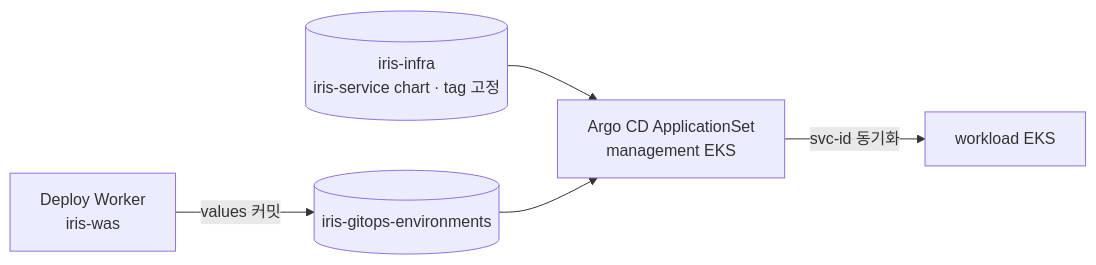
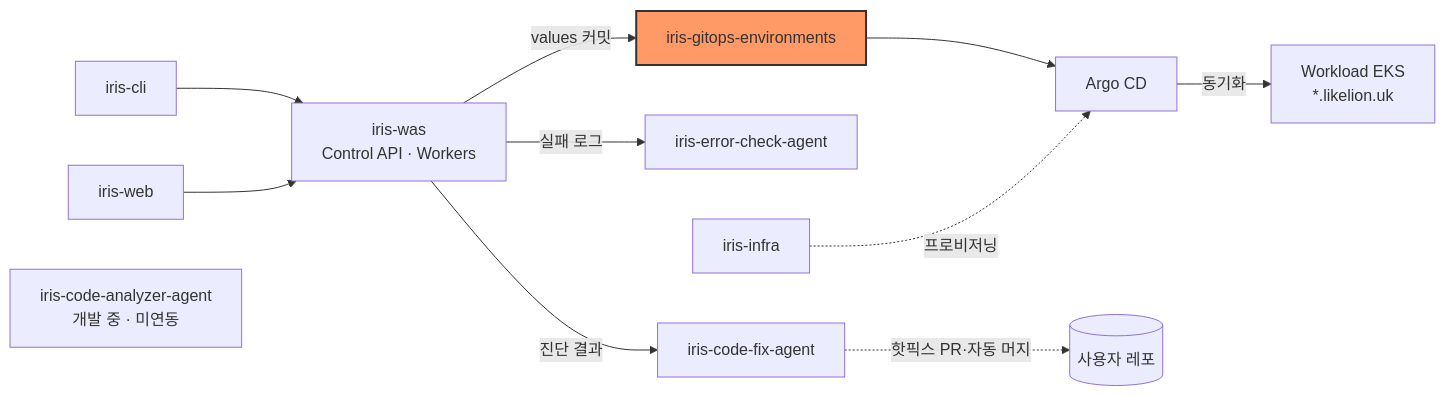
One commit to 2026-softbank-1/iris-gitops-environments changed the diagram in README.md. Above: the diagram before and after it, drawn with Mermaid. The commit also changed other lines of this file, not shown here.

````diff
--- a/README.md
+++ b/README.md
@@ -26,7 +14,13 @@
 ```mermaid
 flowchart LR
-  W[Deploy Worker<br/>iris-was] -->|values 커밋| G[(iris-gitops-environments)]
-  C[(iris-infra<br/>iris-service chart · tag 고정)] --> A
-  G --> A[Argo CD ApplicationSet<br/>management EKS]
-  A -->|svc-id 동기화| K[workload EKS]
+  CLI[iris-cli] --> WAS
+  WEB[iris-web] --> WAS
+  WAS[iris-was<br/>Control API · Workers] -->|values 커밋| GITOPS[iris-gitops-environments]
+  GITOPS --> ARGO[Argo CD] -->|동기화| WL[Workload EKS<br/>*.likelion.uk]
+  WAS -->|실패 로그| ERR[iris-error-check-agent]
+  WAS -->|진단 결과| FIX[iris-code-fix-agent]
+  FIX -.핫픽스 PR·자동 머지.-> REPO[(사용자 레포)]
+  INFRA[iris-infra] -.프로비저닝.-> ARGO
+  ANA[iris-code-analyzer-agent<br/>개발 중 · 미연동]
+  style GITOPS fill:#f96,stroke:#333,stroke-width:2px
 ```
````
